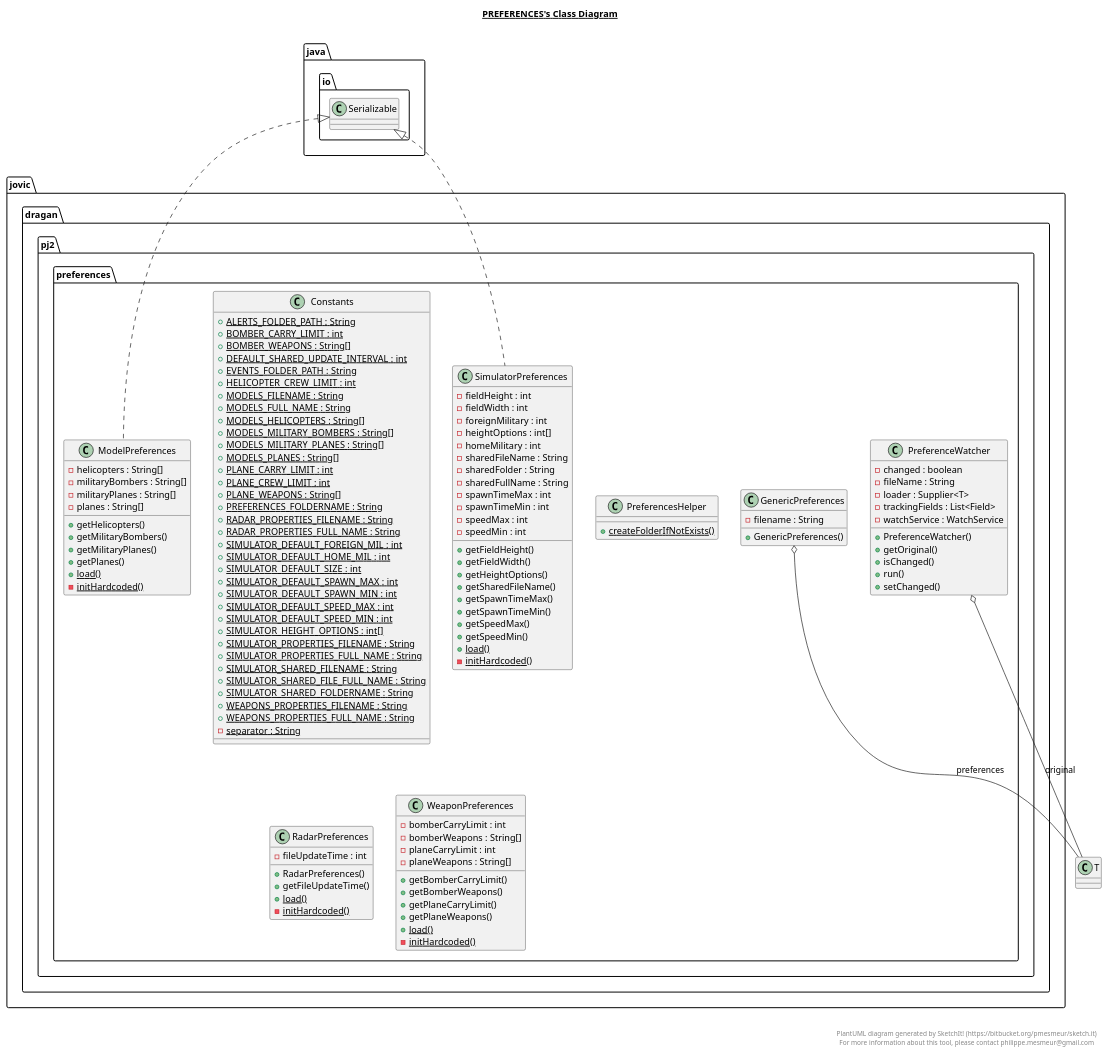
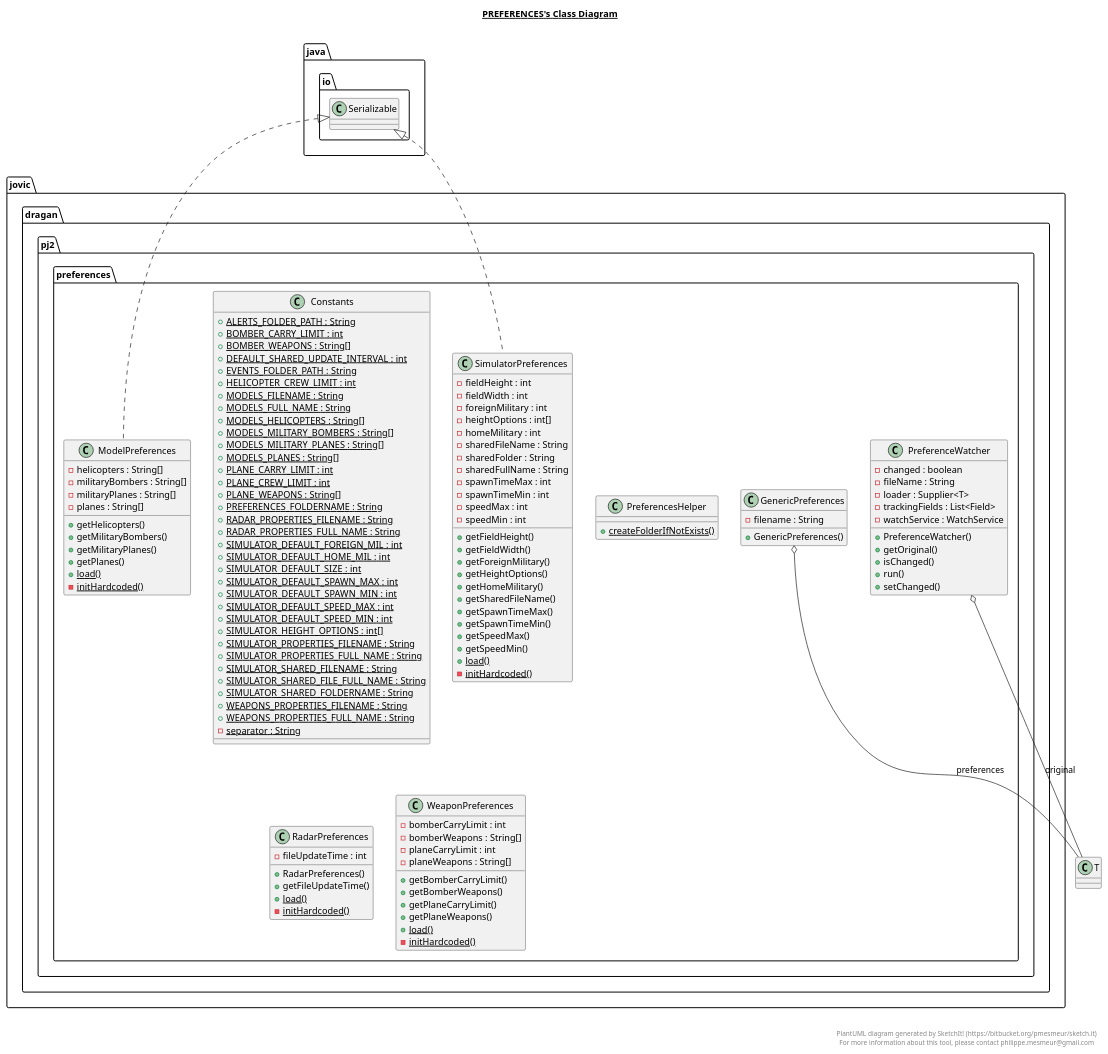
The diagram in src/jovic/dragan/pj2/preferences/preferences.plantuml (Coki32/PJ2_Projektni), drawn with PlantUML before and after one commit. The commit also changed 23 other files, not shown here.

```diff
--- a/src/jovic/dragan/pj2/preferences/preferences.plantuml
+++ b/src/jovic/dragan/pj2/preferences/preferences.plantuml
@@ -1,160 +1,162 @@
 @startuml
 
 title __PREFERENCES's Class Diagram__\n
 
   namespace jovic.dragan.pj2.preferences {
     class jovic.dragan.pj2.preferences.Constants {
         {static} + ALERTS_FOLDER_PATH : String
         {static} + BOMBER_CARRY_LIMIT : int
         {static} + BOMBER_WEAPONS : String[]
         {static} + DEFAULT_SHARED_UPDATE_INTERVAL : int
         {static} + EVENTS_FOLDER_PATH : String
         {static} + HELICOPTER_CREW_LIMIT : int
         {static} + MODELS_FILENAME : String
         {static} + MODELS_FULL_NAME : String
         {static} + MODELS_HELICOPTERS : String[]
         {static} + MODELS_MILITARY_BOMBERS : String[]
         {static} + MODELS_MILITARY_PLANES : String[]
         {static} + MODELS_PLANES : String[]
         {static} + PLANE_CARRY_LIMIT : int
         {static} + PLANE_CREW_LIMIT : int
         {static} + PLANE_WEAPONS : String[]
         {static} + PREFERENCES_FOLDERNAME : String
         {static} + RADAR_PROPERTIES_FILENAME : String
         {static} + RADAR_PROPERTIES_FULL_NAME : String
         {static} + SIMULATOR_DEFAULT_FOREIGN_MIL : int
         {static} + SIMULATOR_DEFAULT_HOME_MIL : int
         {static} + SIMULATOR_DEFAULT_SIZE : int
         {static} + SIMULATOR_DEFAULT_SPAWN_MAX : int
         {static} + SIMULATOR_DEFAULT_SPAWN_MIN : int
         {static} + SIMULATOR_DEFAULT_SPEED_MAX : int
         {static} + SIMULATOR_DEFAULT_SPEED_MIN : int
         {static} + SIMULATOR_HEIGHT_OPTIONS : int[]
         {static} + SIMULATOR_PROPERTIES_FILENAME : String
         {static} + SIMULATOR_PROPERTIES_FULL_NAME : String
         {static} + SIMULATOR_SHARED_FILENAME : String
         {static} + SIMULATOR_SHARED_FILE_FULL_NAME : String
         {static} + SIMULATOR_SHARED_FOLDERNAME : String
         {static} + WEAPONS_PROPERTIES_FILENAME : String
         {static} + WEAPONS_PROPERTIES_FULL_NAME : String
         {static} - separator : String
     }
   }
   
 
   namespace jovic.dragan.pj2.preferences {
     class jovic.dragan.pj2.preferences.GenericPreferences {
         - filename : String
         + GenericPreferences()
     }
   }
   
 
   namespace jovic.dragan.pj2.preferences {
     class jovic.dragan.pj2.preferences.ModelPreferences {
         - helicopters : String[]
         - militaryBombers : String[]
         - militaryPlanes : String[]
         - planes : String[]
         + getHelicopters()
         + getMilitaryBombers()
         + getMilitaryPlanes()
         + getPlanes()
         {static} + load()
         {static} - initHardcoded()
     }
   }
   
 
   namespace jovic.dragan.pj2.preferences {
     class jovic.dragan.pj2.preferences.PreferenceWatcher {
         - changed : boolean
         - fileName : String
         - loader : Supplier<T>
         - trackingFields : List<Field>
         - watchService : WatchService
         + PreferenceWatcher()
         + getOriginal()
         + isChanged()
         + run()
         + setChanged()
     }
   }
   
 
   namespace jovic.dragan.pj2.preferences {
     class jovic.dragan.pj2.preferences.PreferencesHelper {
         {static} + createFolderIfNotExists()
     }
   }
   
 
   namespace jovic.dragan.pj2.preferences {
     class jovic.dragan.pj2.preferences.RadarPreferences {
         - fileUpdateTime : int
         + RadarPreferences()
         + getFileUpdateTime()
         {static} + load()
         {static} - initHardcoded()
     }
   }
   
 
   namespace jovic.dragan.pj2.preferences {
     class jovic.dragan.pj2.preferences.SimulatorPreferences {
         - fieldHeight : int
         - fieldWidth : int
         - foreignMilitary : int
         - heightOptions : int[]
         - homeMilitary : int
         - sharedFileName : String
         - sharedFolder : String
         - sharedFullName : String
         - spawnTimeMax : int
         - spawnTimeMin : int
         - speedMax : int
         - speedMin : int
         + getFieldHeight()
         + getFieldWidth()
+        + getForeignMilitary()
         + getHeightOptions()
+        + getHomeMilitary()
         + getSharedFileName()
         + getSpawnTimeMax()
         + getSpawnTimeMin()
         + getSpeedMax()
         + getSpeedMin()
         {static} + load()
         {static} - initHardcoded()
     }
   }
   
 
   namespace jovic.dragan.pj2.preferences {
     class jovic.dragan.pj2.preferences.WeaponPreferences {
         - bomberCarryLimit : int
         - bomberWeapons : String[]
         - planeCarryLimit : int
         - planeWeapons : String[]
         + getBomberCarryLimit()
         + getBomberWeapons()
         + getPlaneCarryLimit()
         + getPlaneWeapons()
         {static} + load()
         {static} - initHardcoded()
     }
   }
   
 
   jovic.dragan.pj2.preferences.GenericPreferences o-- T : preferences
   jovic.dragan.pj2.preferences.ModelPreferences .up.|> java.io.Serializable
   jovic.dragan.pj2.preferences.PreferenceWatcher o-- T : original
   jovic.dragan.pj2.preferences.SimulatorPreferences .up.|> java.io.Serializable
 
 
 right footer
 
 
 PlantUML diagram generated by SketchIt! (https://bitbucket.org/pmesmeur/sketch.it)
 For more information about this tool, please contact philippe.mesmeur@gmail.com
 endfooter
 
 @enduml
```
